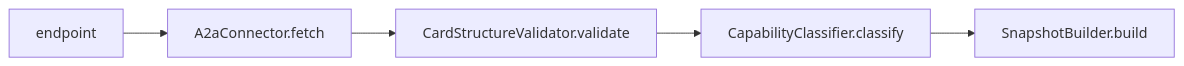
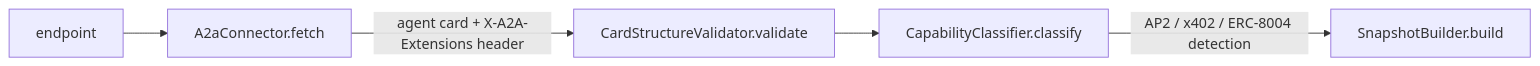
Before and after one commit to FlowMCP/a2a-agent-validator: the diagram in README.md, drawn with Mermaid. The commit also changed other lines of this file, not shown here.

Commit message:
Document AP2, x402, ERC-8004 detection in README

````diff
--- a/README.md
+++ b/README.md
@@ -38,7 +42,7 @@
 ```mermaid
 flowchart LR
     A[endpoint] --> B[A2aConnector.fetch]
-    B --> C[CardStructureValidator.validate]
+    B -->|agent card + X-A2A-Extensions header| C[CardStructureValidator.validate]
     C --> D[CapabilityClassifier.classify]
-    D --> E[SnapshotBuilder.build]
+    D -->|AP2 / x402 / ERC-8004 detection| E[SnapshotBuilder.build]
 ```
````
